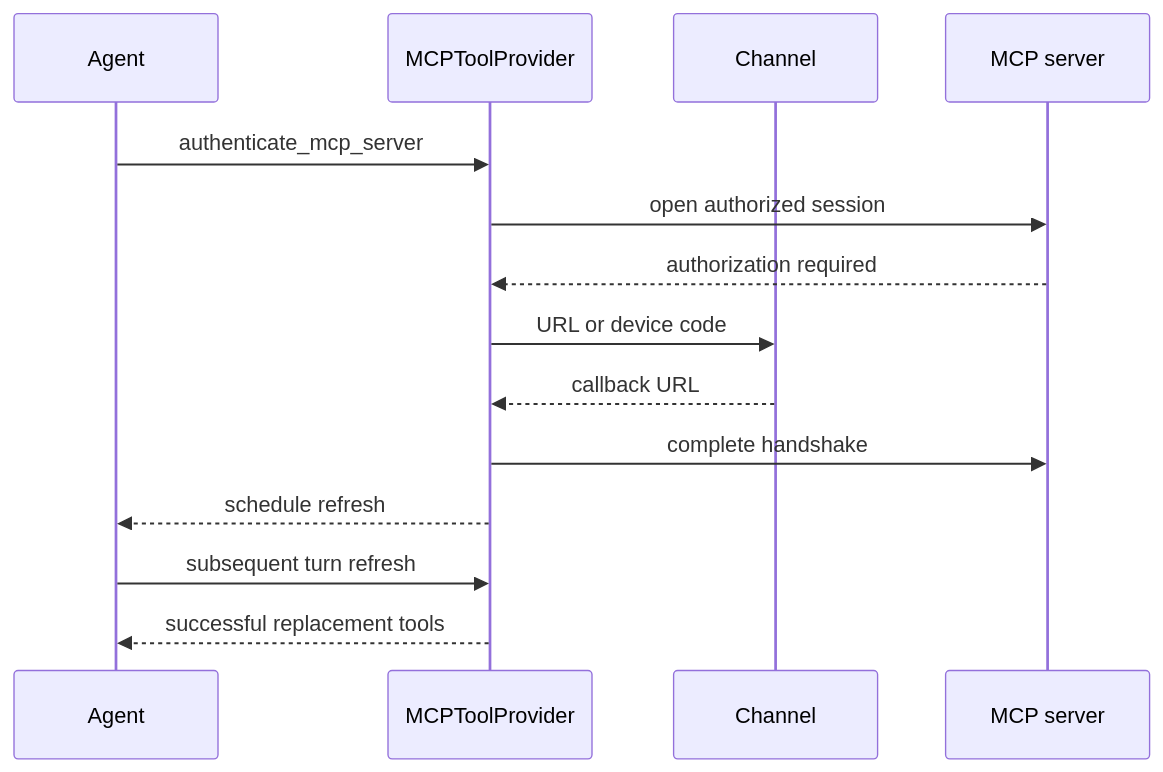
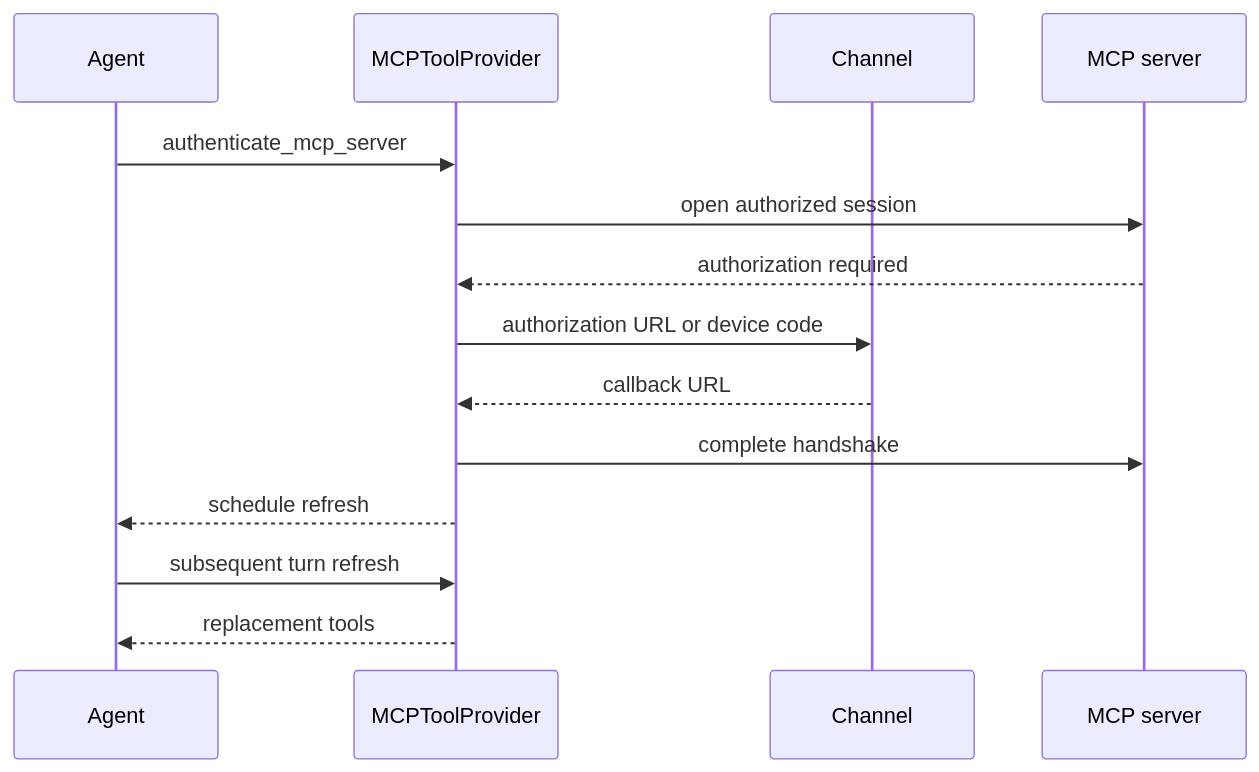
The second of 2 diagrams in openwiki/integrations/mcp.md (langchain-ai/deepagents), drawn with Mermaid before and after one commit. The commit also changed other lines of this file and 39 other files, not shown here.

````diff
--- a/openwiki/integrations/mcp.md
+++ b/openwiki/integrations/mcp.md
@@ -195,16 +114,16 @@
 ```mermaid
 sequenceDiagram
     participant Agent
     participant Provider as MCPToolProvider
     participant Channel
     participant Remote as MCP server
     Agent->>Provider: authenticate_mcp_server
     Provider->>Remote: open authorized session
     Remote-->>Provider: authorization required
-    Provider->>Channel: URL or device code
+    Provider->>Channel: authorization URL or device code
     Channel-->>Provider: callback URL
     Provider->>Remote: complete handshake
     Provider-->>Agent: schedule refresh
     Agent->>Provider: subsequent turn refresh
-    Provider-->>Agent: successful replacement tools
+    Provider-->>Agent: replacement tools
 ```
````
